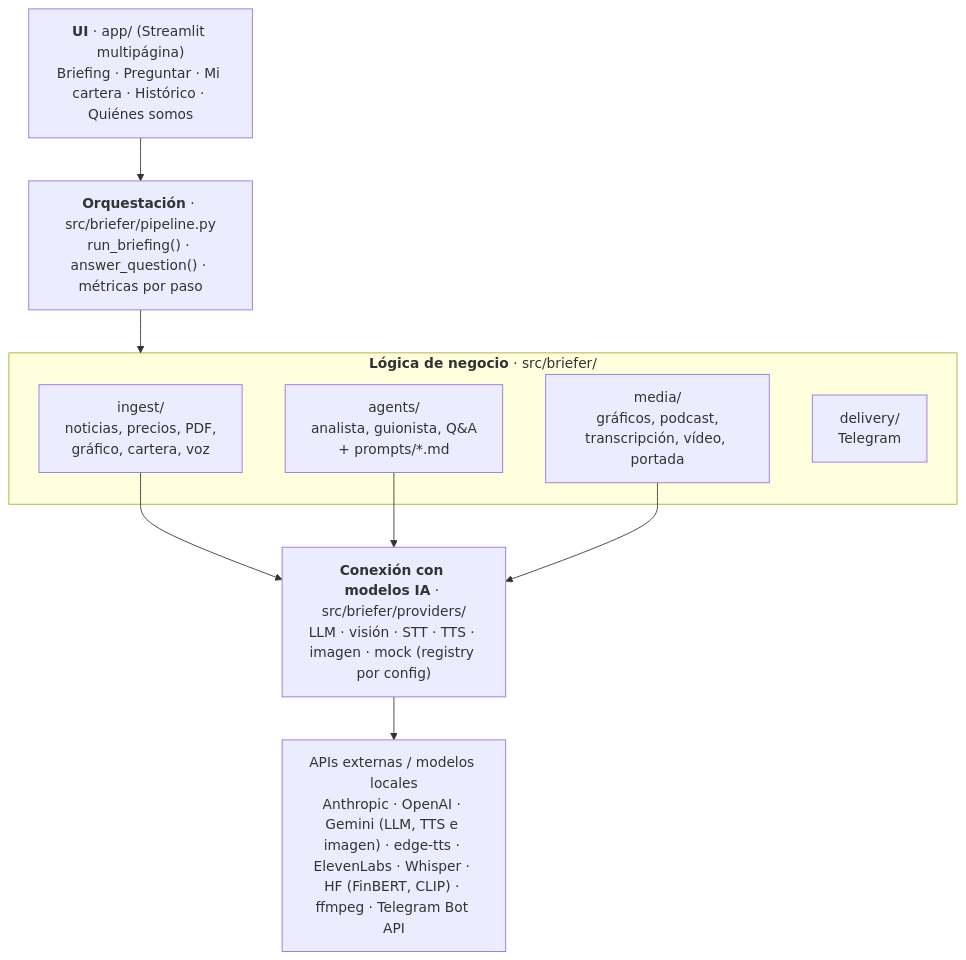
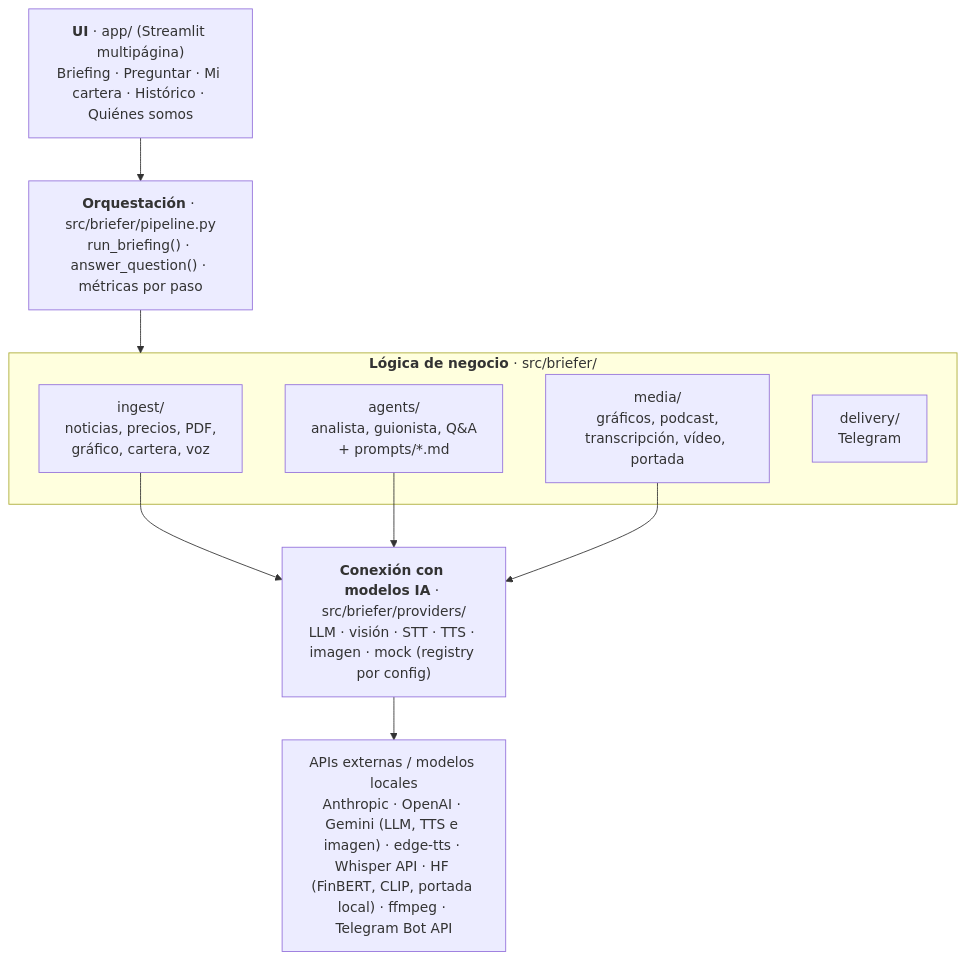
The second of 2 diagrams in README.md (Romequinco/multimodal-market-briefer), drawn with Mermaid before and after one commit. The commit also changed other lines of this file and 24 other files, not shown here.

Commit message:
Limpieza de stubs: fuera OpenAI LLM, Qwen-VL, Whisper local y ElevenLabs (pasan a hoja de ruta; un .env antiguo cae a mock con aviso)

````diff
--- a/README.md
+++ b/README.md
@@ -233,19 +233,19 @@
 ```mermaid
 flowchart TB
     UI["<b>UI</b> · app/ (Streamlit multipágina)<br/>Briefing · Preguntar · Mi cartera · Histórico · Quiénes somos"]
     PL["<b>Orquestación</b> · src/briefer/pipeline.py<br/>run_briefing() · answer_question() · métricas por paso"]
     subgraph BIZ["<b>Lógica de negocio</b> · src/briefer/"]
         ING["ingest/<br/>noticias, precios, PDF,<br/>gráfico, cartera, voz"]
         AGT["agents/<br/>analista, guionista, Q&A<br/>+ prompts/*.md"]
         MED["media/<br/>gráficos, podcast,<br/>transcripción, vídeo, portada"]
         DLV["delivery/<br/>Telegram"]
     end
     PRV["<b>Conexión con modelos IA</b> · src/briefer/providers/<br/>LLM · visión · STT · TTS · imagen · mock (registry por config)"]
-    X["APIs externas / modelos locales<br/>Anthropic · OpenAI · Gemini (LLM, TTS e imagen) · edge-tts · ElevenLabs · Whisper · HF (FinBERT, CLIP) · ffmpeg · Telegram Bot API"]
+    X["APIs externas / modelos locales<br/>Anthropic · OpenAI · Gemini (LLM, TTS e imagen) · edge-tts · Whisper API · HF (FinBERT, CLIP, portada local) · ffmpeg · Telegram Bot API"]
 
     UI --> PL --> BIZ
     ING --> PRV
     AGT --> PRV
     MED --> PRV
     PRV --> X
 ```
````
